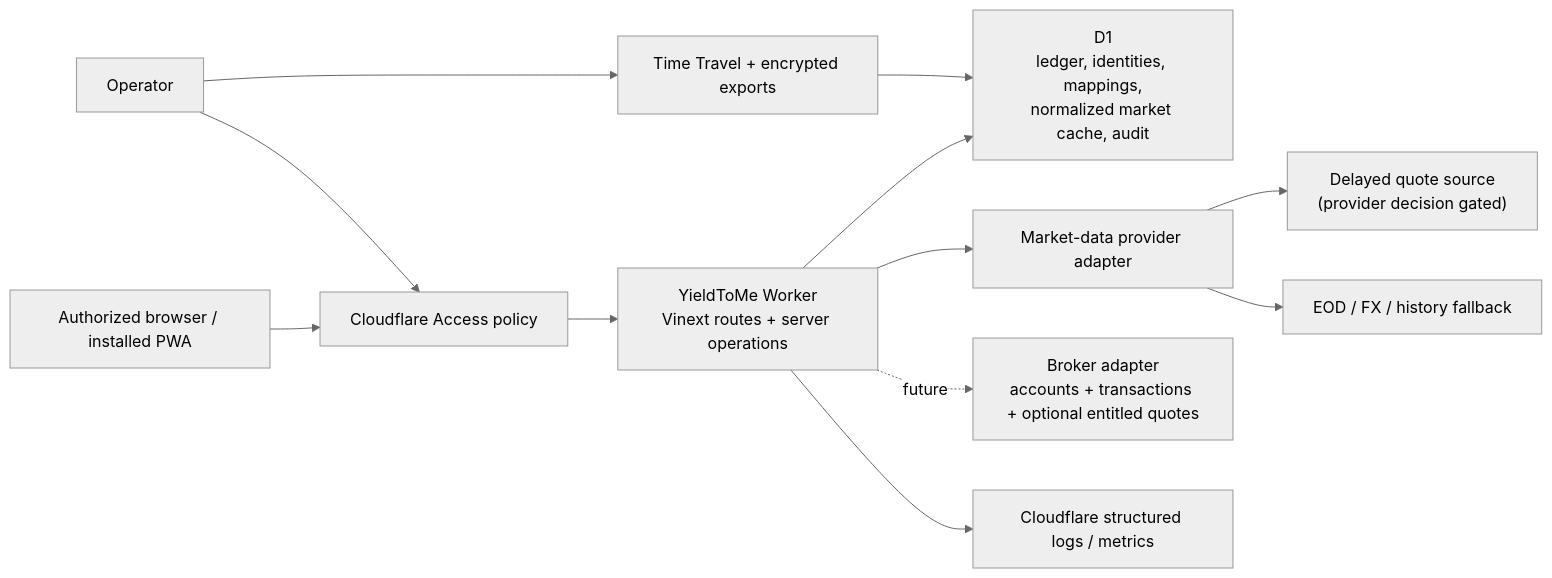
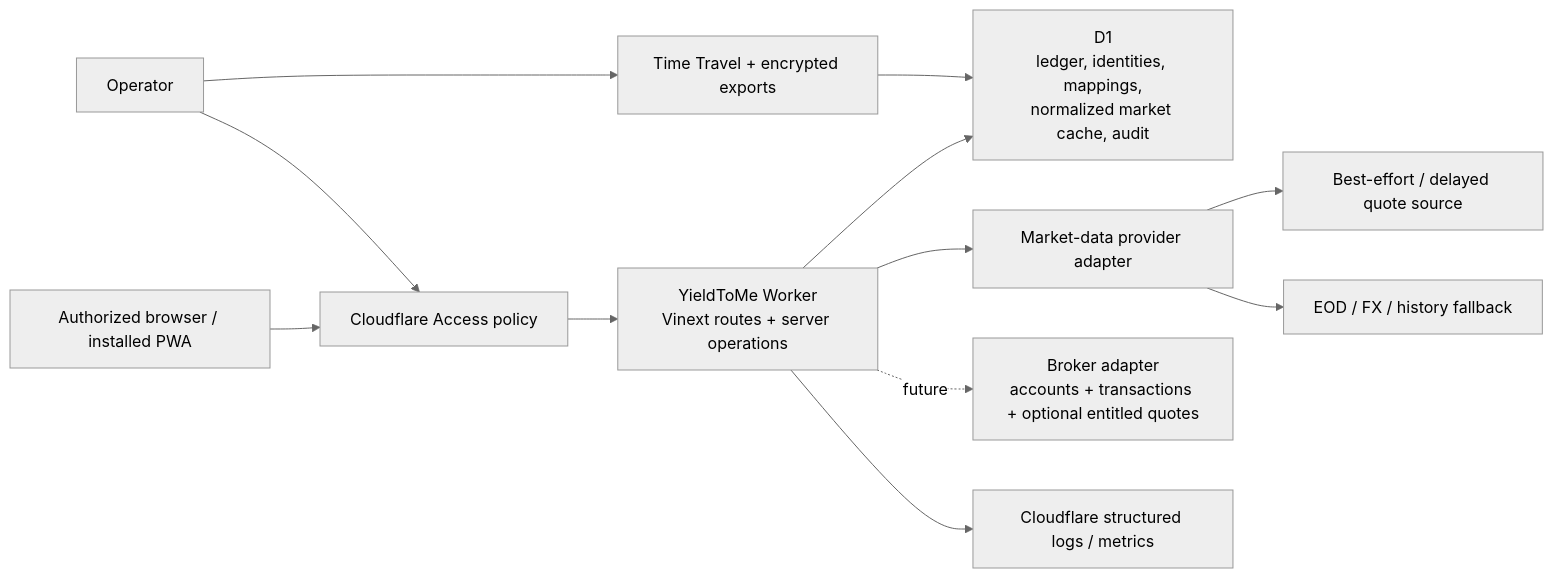
Before and after one commit to algrey/YieldToMePortfolio: the first of 2 diagrams in docs/ARCHITECTURE.md, drawn with Mermaid (neutral theme). The commit also changed other lines of this file and 27 other files, not shown here.

````diff
--- a/docs/ARCHITECTURE.md
+++ b/docs/ARCHITECTURE.md
@@ -14,14 +14,14 @@
 ```mermaid
 flowchart LR
     User["Authorized browser / installed PWA"] --> Access["Cloudflare Access policy"]
     Access --> Worker["YieldToMe Worker\nVinext routes + server operations"]
     Worker --> D1["D1\nledger, identities, mappings,\nnormalized market cache, audit"]
     Worker --> Provider["Market-data provider adapter"]
-    Provider --> Delayed["Delayed quote source\n(provider decision gated)"]
+    Provider --> Delayed["Best-effort / delayed quote source"]
     Provider --> EOD["EOD / FX / history fallback"]
     Worker -. future .-> Broker["Broker adapter\naccounts + transactions + optional entitled quotes"]
     Worker --> Logs["Cloudflare structured logs / metrics"]
     Admin["Operator"] --> Access
     Admin --> Recovery["Time Travel + encrypted exports"]
     Recovery --> D1
 ```
````
